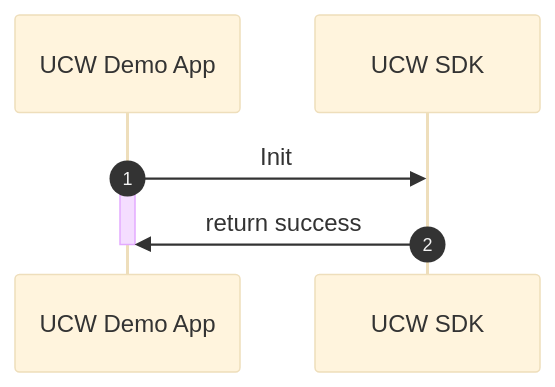
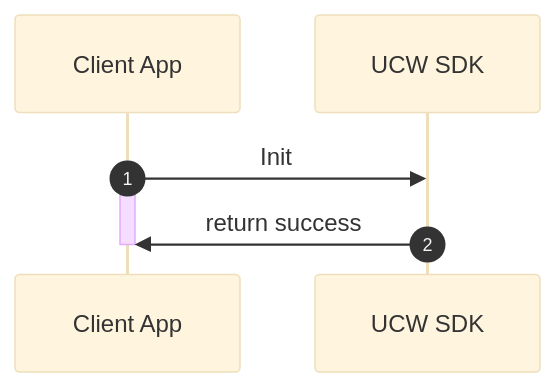
The diagram in docs/00_app_initialize.md (CoboGlobal/cobo-ucw-demo-backend), drawn with Mermaid (base theme) before and after one commit. The commit also changed other lines of this file and 21 other files, not shown here.

````diff
--- a/docs/00_app_initialize.md
+++ b/docs/00_app_initialize.md
@@ -2,11 +1,11 @@
 ```mermaid
 sequenceDiagram
     autonumber
-    participant App as UCW Demo App
+    participant App as Client App
     participant SDK as UCW SDK
 
     App ->> SDK: Init
     activate App
     SDK ->> App: return success
     deactivate App
 ```
````
